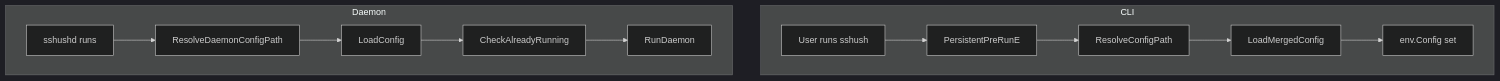
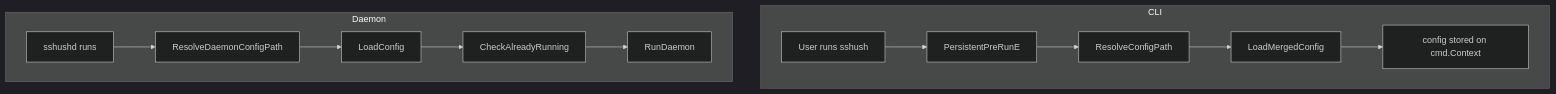
Before and after one commit to ollykeran/sshush: the diagram in docs/config.md, drawn with Mermaid (dark theme). The commit also changed 22 other files, not shown here.

First line of the commit message:
refactor(cli): carry the merged config on the command context

````diff
--- a/docs/config.md
+++ b/docs/config.md
@@ -108,19 +108,19 @@
 ```mermaid
 flowchart TD
   subgraph cliFlow [CLI]
     cliStart[User runs sshush]
     cliPreRun[PersistentPreRunE]
     cliResolve[ResolveConfigPath]
     cliLoad[LoadMergedConfig]
-    cliEnv[env.Config set]
+    cliEnv[config stored on cmd.Context]
     cliStart --> cliPreRun --> cliResolve --> cliLoad --> cliEnv
   end
   subgraph daemonFlow [Daemon]
     dStart[sshushd runs]
     dResolve[ResolveDaemonConfigPath]
     dLoad[LoadConfig]
     dCheck[CheckAlreadyRunning]
     dRun[RunDaemon]
     dStart --> dResolve --> dLoad --> dCheck --> dRun
   end
 ```
````
